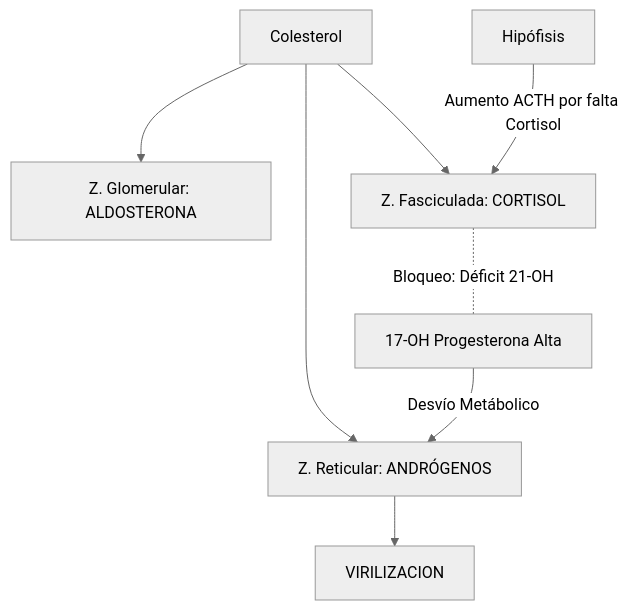
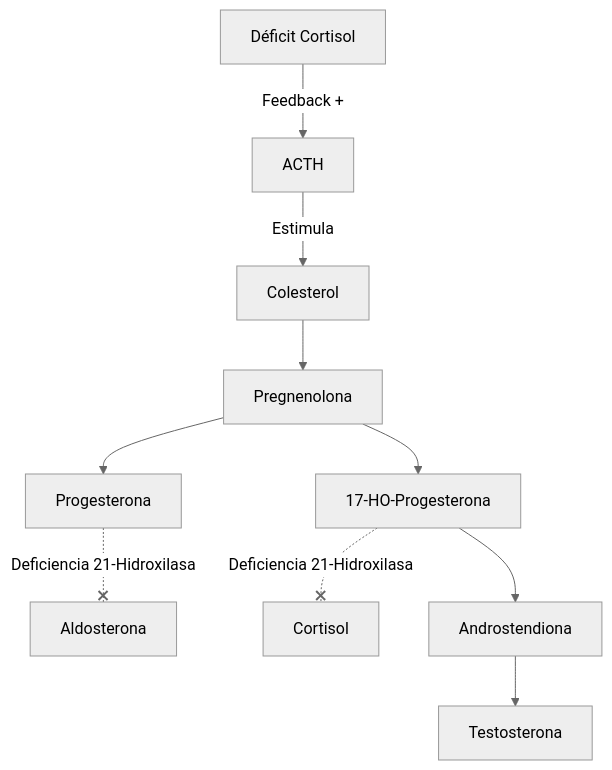
One commit to rausejop/TSLCB changed the diagram in Act_TSLCB_2026/Semana_02_Hormonas/02_Hiperplasia_Suprarrenal_Congenita.md. Above: the diagram before and after it, drawn with Mermaid (neutral theme). The commit also changed other lines of this file and 3 other files, not shown here.

````diff
--- a/Act_TSLCB_2026/Semana_02_Hormonas/02_Hiperplasia_Suprarrenal_Congenita.md
+++ b/Act_TSLCB_2026/Semana_02_Hormonas/02_Hiperplasia_Suprarrenal_Congenita.md
@@ -26,10 +23,12 @@
 ```mermaid
 graph TD
-    A[Colesterol] --> B[Z. Glomerular: ALDOSTERONA]
-    A --> C[Z. Fasciculada: CORTISOL]
-    A --> D[Z. Reticular: ANDRÓGENOS]
-    C -.-|Bloqueo: Déficit 21-OH| E[17-OH Progesterona Alta]
-    E -->|Desvío Metábolico| D
-    D --> F[VIRILIZACION]
-    G[Hipófisis] -->|Aumento ACTH por falta Cortisol| C
+    A[Colesterol] --> B[Pregnenolona]
+    B --> C[Progesterona]
+    C -.-x|Deficiencia 21-Hidroxilasa| D[Aldosterona]
+    B --> E[17-HO-Progesterona]
+    E -.-x|Deficiencia 21-Hidroxilasa| F[Cortisol]
+    E --> G[Androstendiona]
+    G --> H[Testosterona]
+    I[Déficit Cortisol] -->|Feedback +| J[ACTH]
+    J -->|Estimula| A
 ```
````
